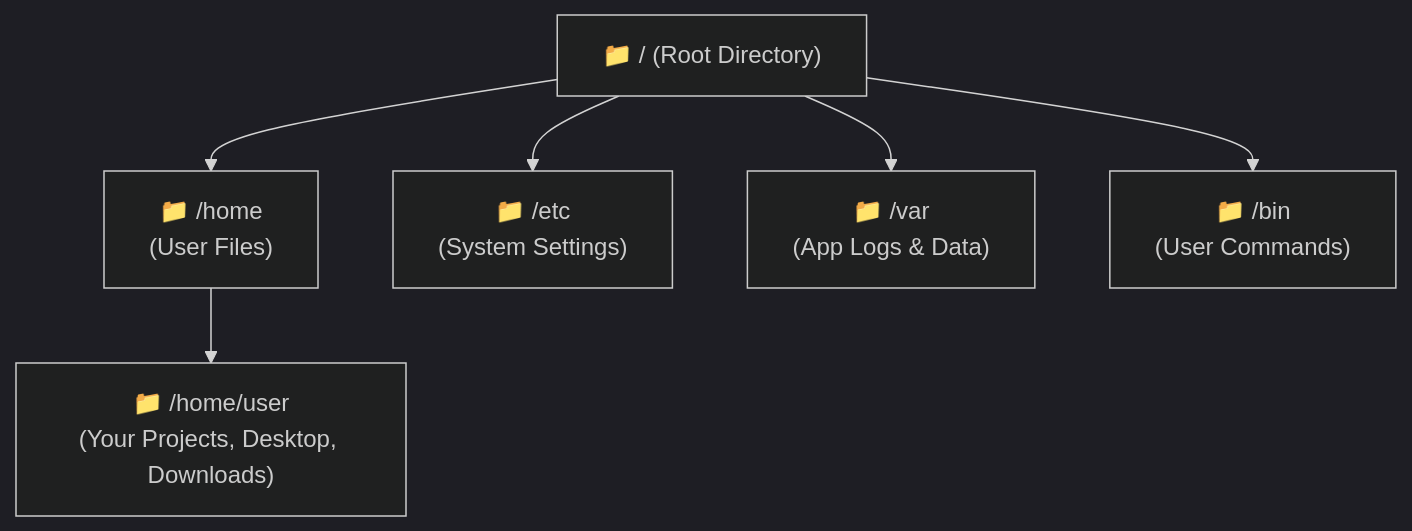
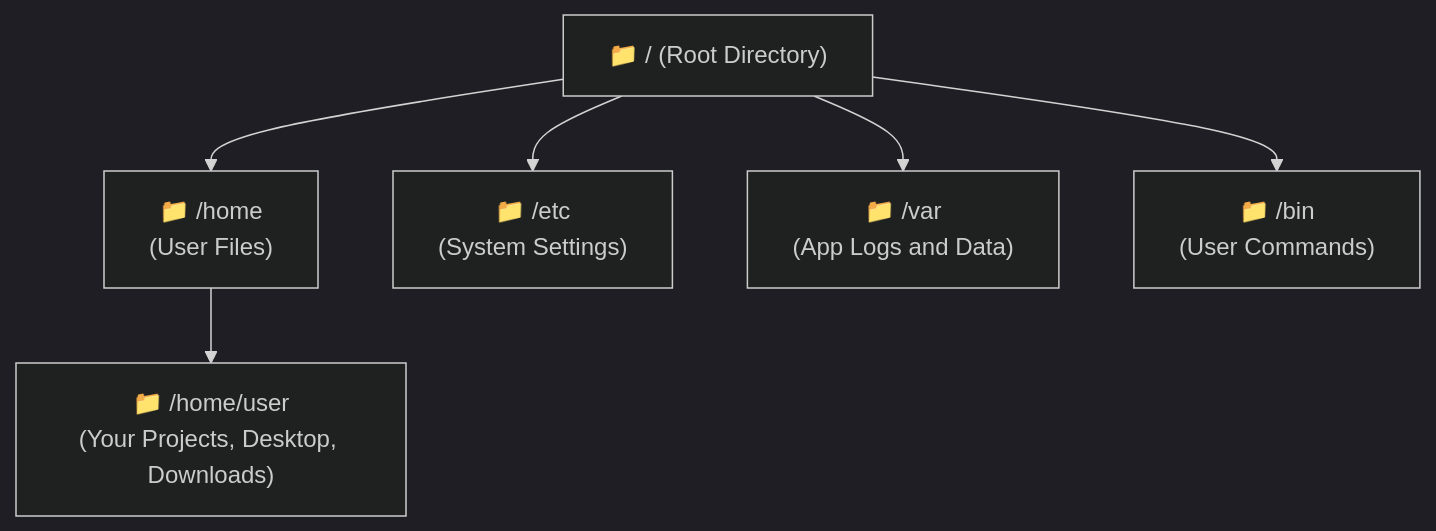
One commit to Harshajaya13/Foss-Club changed the first of 3 diagrams in 02 - Building Your Foundation/02 - The Foundation.md. Above: the diagram before and after it, drawn with Mermaid (dark theme). The commit also changed 3 other files, not shown here.

Commit message:
fix raw ampersands in Mermaid and link contributing guide prominently in README

````diff
--- a/02 - Building Your Foundation/02 - The Foundation.md
+++ b/02 - Building Your Foundation/02 - The Foundation.md
@@ -61,9 +61,9 @@
 ```mermaid
 graph TD
     Root["📁 / (Root Directory)"] --> Home["📁 /home<br/>(User Files)"]
     Root --> Etc["📁 /etc<br/>(System Settings)"]
-    Root --> Var["📁 /var<br/>(App Logs & Data)"]
+    Root --> Var["📁 /var<br/>(App Logs and Data)"]
     Root --> Bin["📁 /bin<br/>(User Commands)"]
     
     Home --> User["📁 /home/user<br/>(Your Projects, Desktop, Downloads)"]
 ```
````
